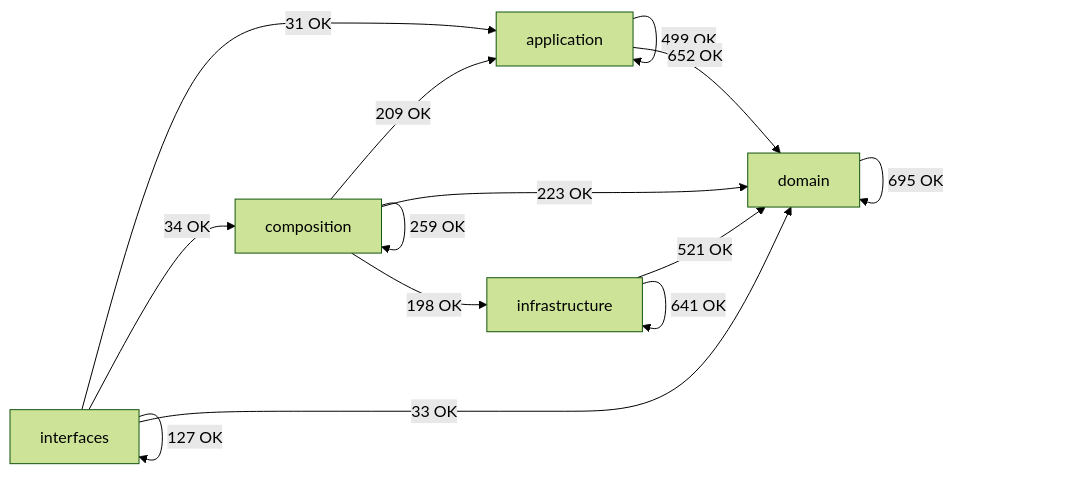
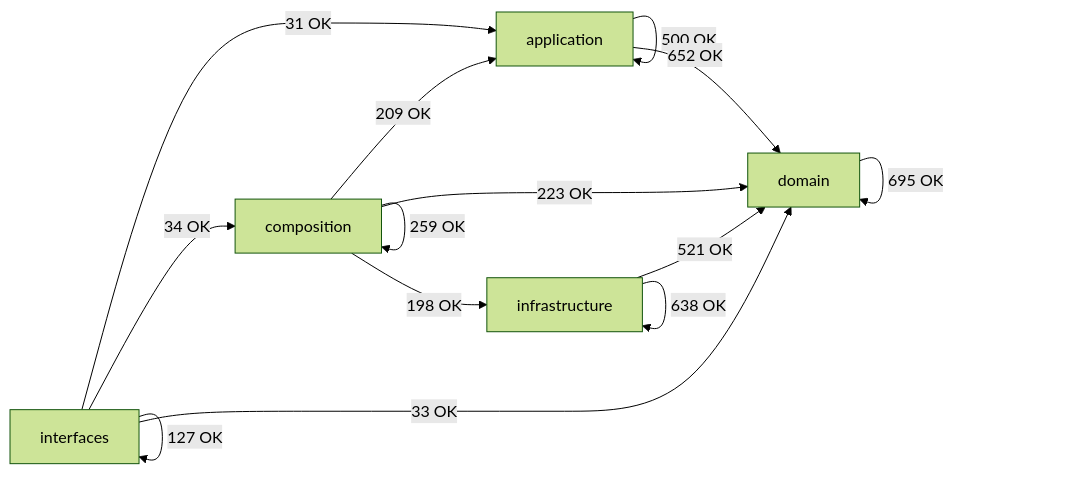
One commit to SatoryKono/BioactivityDataAcquisition changed the diagram in docs/02-architecture/generated/module-dependency-map.md. Above: the diagram before and after it, drawn with Mermaid (forest theme). The commit also changed other lines of this file and 112 other files, not shown here.

````diff
--- a/docs/02-architecture/generated/module-dependency-map.md
+++ b/docs/02-architecture/generated/module-dependency-map.md
@@ -16,21 +16,21 @@
 ```mermaid
 flowchart LR
     domain[domain]
     application[application]
     infrastructure[infrastructure]
     composition[composition]
     interfaces[interfaces]
-    application -->|499 OK| application
+    application -->|500 OK| application
     application -->|652 OK| domain
     composition -->|209 OK| application
     composition -->|259 OK| composition
     composition -->|223 OK| domain
     composition -->|198 OK| infrastructure
     domain -->|695 OK| domain
     infrastructure -->|521 OK| domain
-    infrastructure -->|641 OK| infrastructure
+    infrastructure -->|638 OK| infrastructure
     interfaces -->|31 OK| application
     interfaces -->|34 OK| composition
     interfaces -->|33 OK| domain
     interfaces -->|127 OK| interfaces
 ```
````
